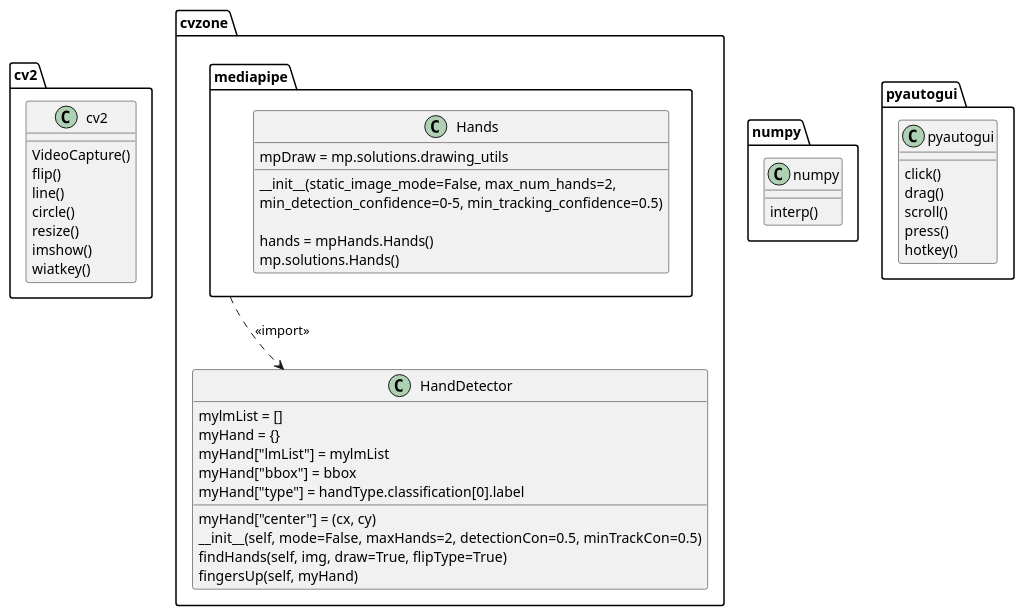
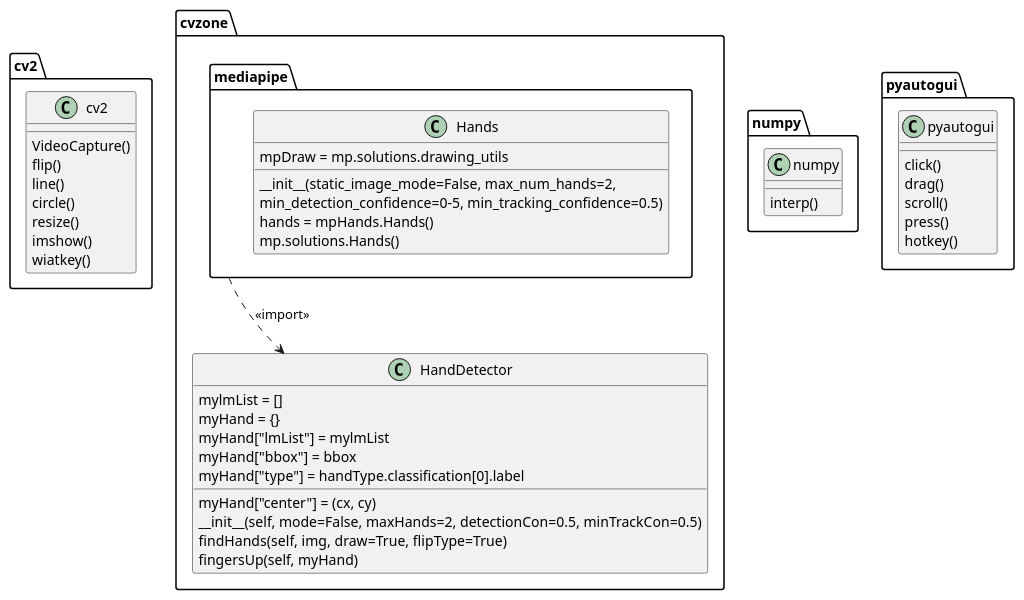
The diagram in UML/UML_Packages.puml (Slrosales/HandCursor), drawn with PlantUML before and after one commit.

```diff
--- a/UML/UML_Packages.puml
+++ b/UML/UML_Packages.puml
@@ -1,62 +1,56 @@
 @startuml
 package cv2{
-class cv2{
-VideoCapture()
-flip()
-line()
-circle()
-resize()
-imshow()
-wiatkey()
-
+  class cv2{
+    VideoCapture()
+    flip()
+    line()
+    circle()
+    resize()
+    imshow()
+    wiatkey()
+  }
 }
 
+
+package cvzone{
+  package mediapipe{
+    class Hands{
+      __init__(static_image_mode=False, max_num_hands=2,
+      min_detection_confidence=0-5, min_tracking_confidence=0.5)
+      mpDraw = mp.solutions.drawing_utils
+
+      hands = mpHands.Hands()
+      mp.solutions.Hands()
+     }
+   }
+    class HandDetector{
+      mylmList = []
+      myHand = {}
+      myHand["lmList"] = mylmList
+      myHand["bbox"] = bbox
+      myHand["center"] = (cx, cy)
+      myHand["type"] = handType.classification[0].label
+
+      __init__(self, mode=False, maxHands=2, detectionCon=0.5, minTrackCon=0.5)
+      findHands(self, img, draw=True, flipType=True)
+      fingersUp(self, myHand)
+    }
+    mediapipe..> HandDetector: <<import>>
+ }
+    package numpy{
+    Class numpy{
+    interp()
+  }
 }
-package cvzone{
-package mediapipe{
-class Hands{
 
 
-
-__init__(static_image_mode=False, max_num_hands=2,
-min_detection_confidence=0-5, min_tracking_confidence=0.5)
-
-hands = mpHands.Hands()
-mp.solutions.Hands()
-mpDraw = mp.solutions.drawing_utils
-}
-}
-Class HandDetector{
-mylmList = []
-myHand = {}
-myHand["lmList"] = mylmList
-myHand["bbox"] = bbox
-myHand["center"] = (cx, cy)
-myHand["type"] = handType.classification[0].label
-
-__init__(self, mode=False, maxHands=2, detectionCon=0.5, minTrackCon=0.5)
-findHands(self, img, draw=True, flipType=True)
-fingersUp(self, myHand)
-}
-mediapipe..> HandDetector: <<import>>
-
-
-}
-package numpy{
-Class numpy{
-interp()
-}
-
-}
-
 package pyautogui{
-Class pyautogui{
-
-click()
-drag()
-scroll()
-press()
-hotkey()
-}
+  Class pyautogui{
+    click()
+    drag()
+    scroll()
+    press()
+    hotkey()
+  }
 }
 @enduml
```
